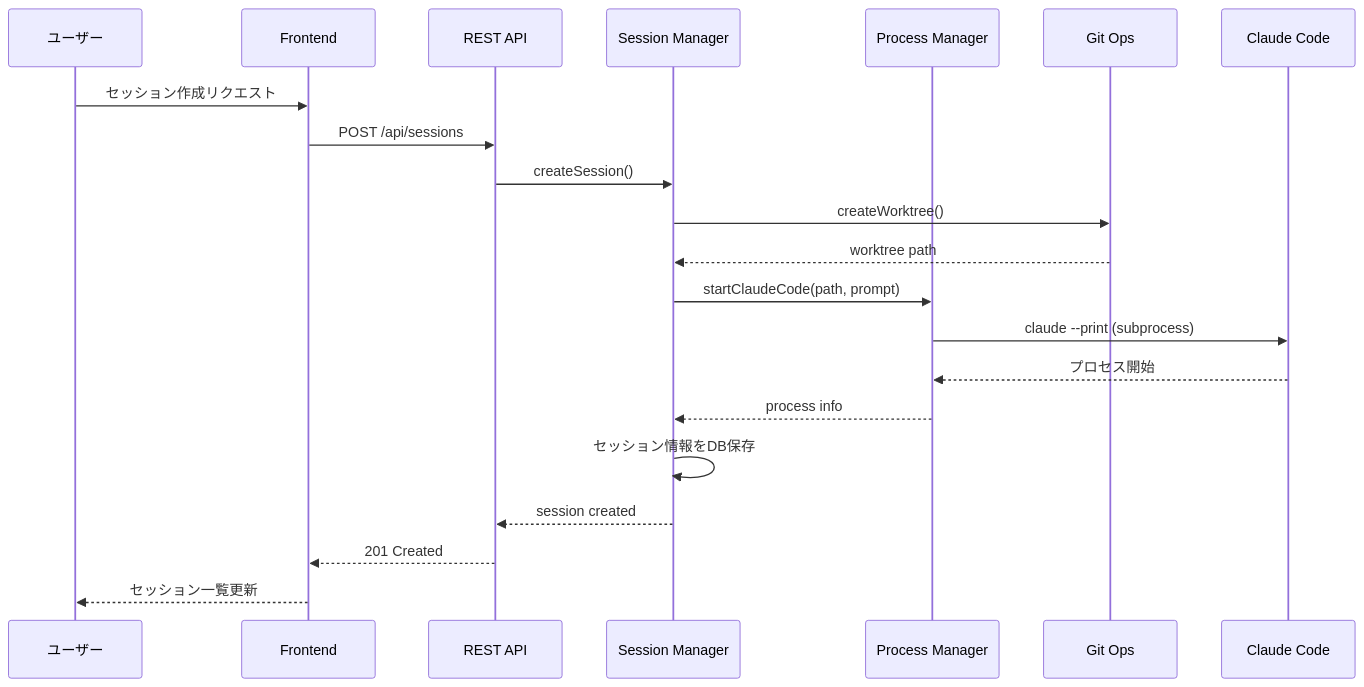
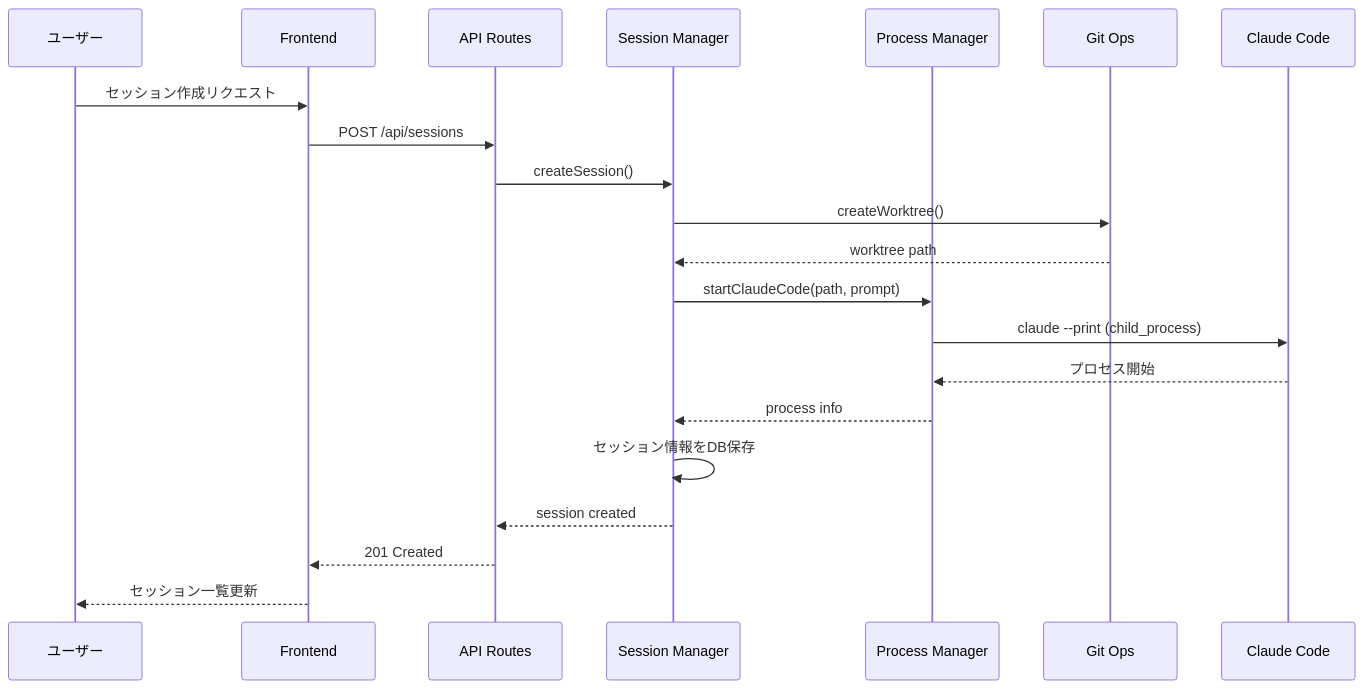
One commit to windschord/claude-work changed the second of 5 diagrams in docs/design.md. Above: the diagram before and after it, drawn with Mermaid. The commit also changed other lines of this file and 2 other files, not shown here.

````diff
--- a/docs/design.md
+++ b/docs/design.md
@@ -195,24 +209,24 @@
 ```mermaid
 sequenceDiagram
     participant U as ユーザー
     participant F as Frontend
-    participant API as REST API
+    participant API as API Routes
     participant SM as Session Manager
     participant PM as Process Manager
     participant Git as Git Ops
     participant CC as Claude Code
 
     U->>F: セッション作成リクエスト
     F->>API: POST /api/sessions
     API->>SM: createSession()
     SM->>Git: createWorktree()
     Git-->>SM: worktree path
     SM->>PM: startClaudeCode(path, prompt)
-    PM->>CC: claude --print (subprocess)
+    PM->>CC: claude --print (child_process)
     CC-->>PM: プロセス開始
     PM-->>SM: process info
     SM->>SM: セッション情報をDB保存
     SM-->>API: session created
     API-->>F: 201 Created
     F-->>U: セッション一覧更新
 ```
````
